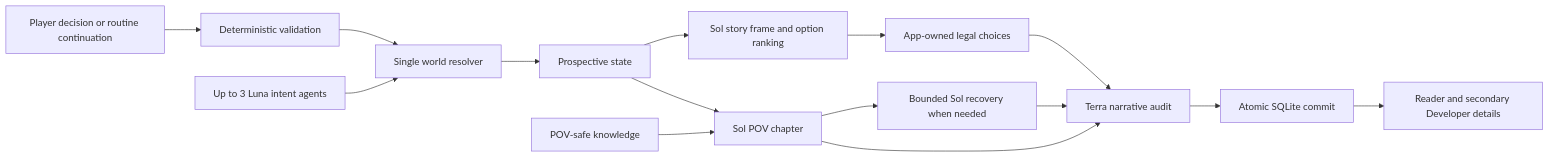
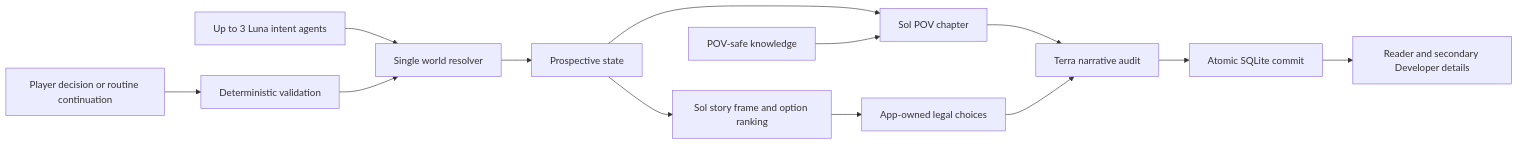
Before and after one commit to shivam-g10/infinite-litrpg: the diagram in README.md, drawn with Mermaid. The commit also changed other lines of this file and 55 other files, not shown here.

````diff
--- a/README.md
+++ b/README.md
@@ -53,17 +52,15 @@
 ```mermaid
 flowchart LR
     U["Player decision or routine continuation"] --> V["Deterministic validation"]
     L["Up to 3 Luna intent agents"] --> R["Single world resolver"]
     V --> R
     R --> S["Prospective state"]
     S --> O["Sol story frame and option ranking"]
     O --> F["App-owned legal choices"]
     S --> T["Sol POV chapter"]
     K["POV-safe knowledge"] --> T
-    T --> X["Bounded Sol recovery when needed"]
-    X --> A
     T --> A["Terra narrative audit"]
     F --> A
     A --> C["Atomic SQLite commit"]
     C --> P["Reader and secondary Developer details"]
 ```
````
